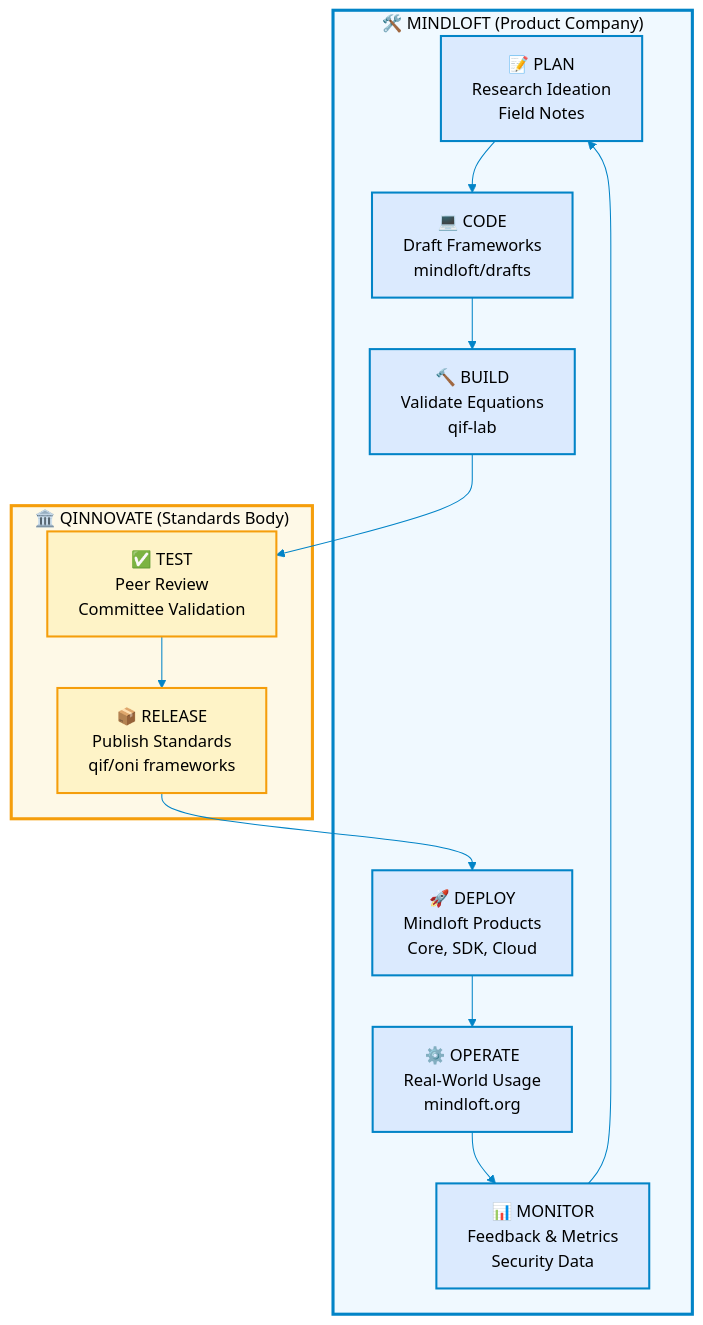
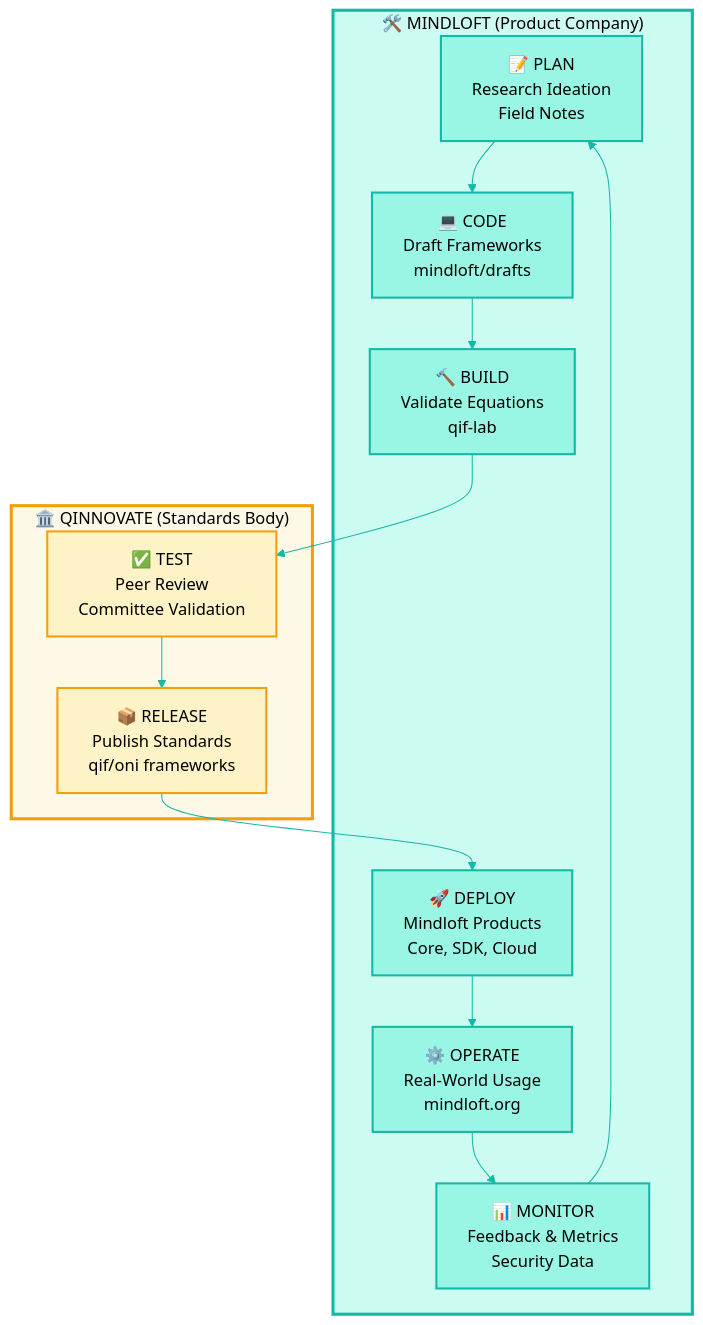
The diagram in README.md (qinnovates/qinnovate), drawn with Mermaid before and after one commit. The commit also changed other lines of this file, not shown here.

Commit message:
Update CI/CD diagram colors to teal and gold
- Changed Mindloft colors from blue to teal (#14b8a6, #99f6e4, #ccfbf1)
- Kept Qinnovate gold colors (#f59e0b, #fef3c7)
- Updated text references from 'Blue' to 'Teal'

Brand alignment with Qinnovate teal/cyan identity.

````diff
--- a/README.md
+++ b/README.md
@@ -134,37 +134,37 @@
 ```mermaid
-%%{init: {'theme':'base', 'themeVariables': { 'primaryColor':'#fef3c7','primaryTextColor':'#000','primaryBorderColor':'#f59e0b','lineColor':'#0284c7','secondaryColor':'#e0f2fe','tertiaryColor':'#fff'}}}%%
+%%{init: {'theme':'base', 'themeVariables': { 'primaryColor':'#fef3c7','primaryTextColor':'#000','primaryBorderColor':'#f59e0b','lineColor':'#14b8a6','secondaryColor':'#ccfbf1','tertiaryColor':'#fff'}}}%%
 graph TB
     subgraph MINDLOFT["🛠️ MINDLOFT (Product Company)"]
         A[📝 PLAN<br/>Research Ideation<br/>Field Notes]
         B[💻 CODE<br/>Draft Frameworks<br/>mindloft/drafts]
         C[🔨 BUILD<br/>Validate Equations<br/>qif-lab]
         F[🚀 DEPLOY<br/>Mindloft Products<br/>Core, SDK, Cloud]
         G[⚙️ OPERATE<br/>Real-World Usage<br/>mindloft.org]
         H[📊 MONITOR<br/>Feedback & Metrics<br/>Security Data]
     end
 
     subgraph QINNOVATE["🏛️ QINNOVATE (Standards Body)"]
         D[✅ TEST<br/>Peer Review<br/>Committee Validation]
         E[📦 RELEASE<br/>Publish Standards<br/>qif/oni frameworks]
     end
 
     A --> B
     B --> C
     C --> D
     D --> E
     E --> F
     F --> G
     G --> H
     H --> A
 
-    style MINDLOFT fill:#f0f9ff,stroke:#0284c7,stroke-width:3px
+    style MINDLOFT fill:#ccfbf1,stroke:#14b8a6,stroke-width:3px
     style QINNOVATE fill:#fef9e7,stroke:#f59e0b,stroke-width:3px
-    style A fill:#dbeafe,stroke:#0284c7,stroke-width:2px
-    style B fill:#dbeafe,stroke:#0284c7,stroke-width:2px
-    style C fill:#dbeafe,stroke:#0284c7,stroke-width:2px
+    style A fill:#99f6e4,stroke:#14b8a6,stroke-width:2px
+    style B fill:#99f6e4,stroke:#14b8a6,stroke-width:2px
+    style C fill:#99f6e4,stroke:#14b8a6,stroke-width:2px
     style D fill:#fef3c7,stroke:#f59e0b,stroke-width:2px
     style E fill:#fef3c7,stroke:#f59e0b,stroke-width:2px
-    style F fill:#dbeafe,stroke:#0284c7,stroke-width:2px
-    style G fill:#dbeafe,stroke:#0284c7,stroke-width:2px
-    style H fill:#dbeafe,stroke:#0284c7,stroke-width:2px
+    style F fill:#99f6e4,stroke:#14b8a6,stroke-width:2px
+    style G fill:#99f6e4,stroke:#14b8a6,stroke-width:2px
+    style H fill:#99f6e4,stroke:#14b8a6,stroke-width:2px
 ```
````
